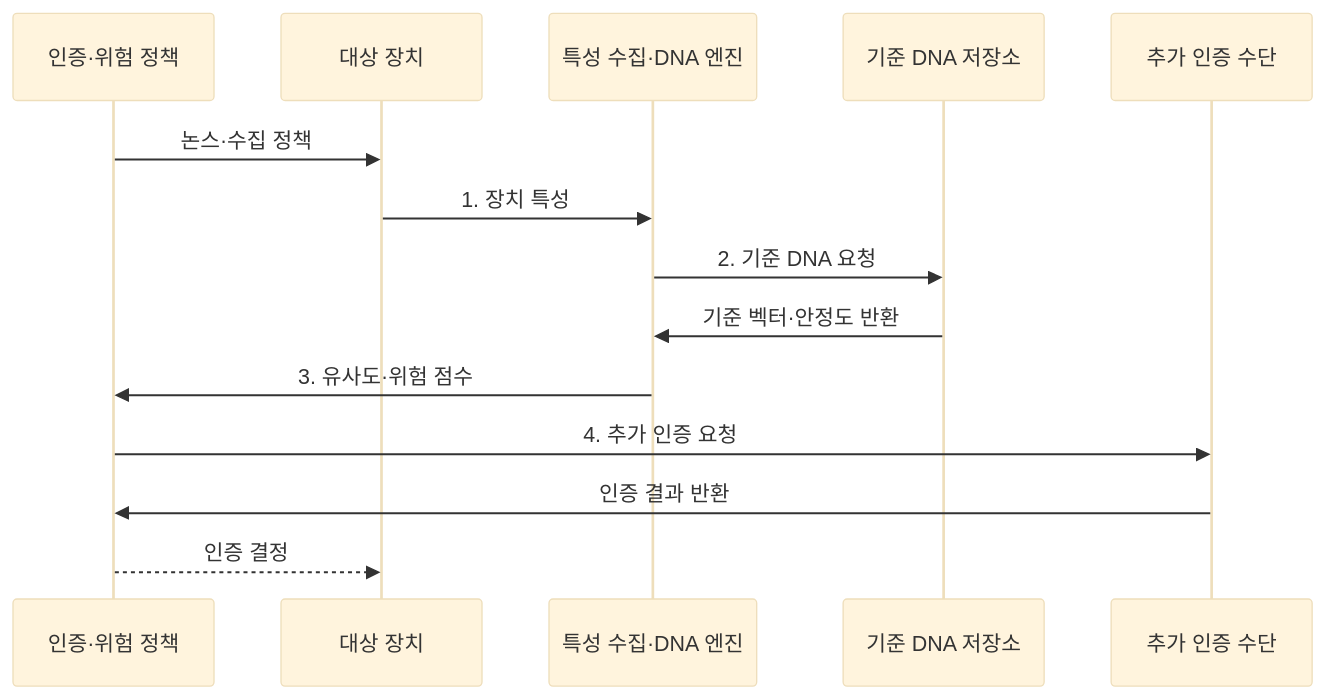
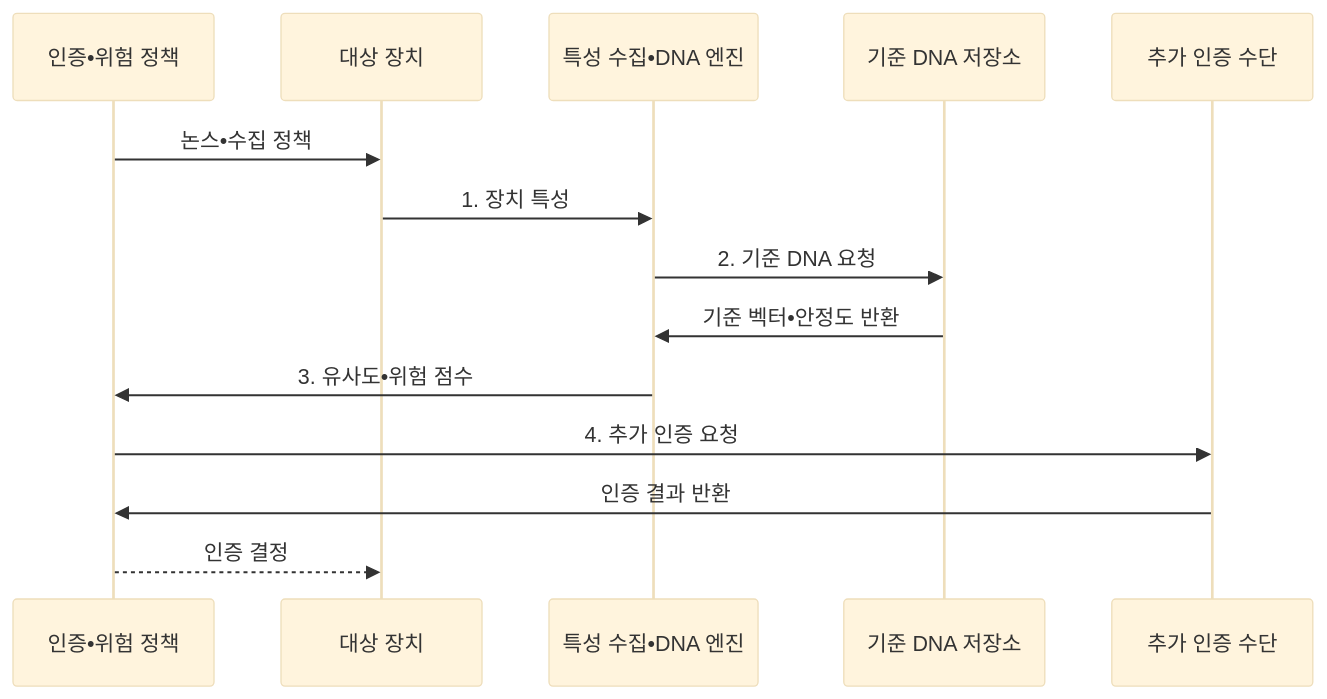
Before and after one commit to agnusdei1207/knowledge-base: the second of 2 diagrams in src/content/docs/notes/02-hardware/071_device_dna.md, drawn with Mermaid (base theme). The commit also changed other lines of this file and 953 other files, not shown here.

````diff
--- a/src/content/docs/notes/02-hardware/071_device_dna.md
+++ b/src/content/docs/notes/02-hardware/071_device_dna.md
@@ -102,17 +102,17 @@
 ```mermaid
 sequenceDiagram
-    participant A as 인증·위험 정책
+    participant A as 인증•위험 정책
     participant D as 대상 장치
-    participant G as 특성 수집·DNA 엔진
+    participant G as 특성 수집•DNA 엔진
     participant R as 기준 DNA 저장소
     participant M as 추가 인증 수단
 
-    A->>D: 논스·수집 정책
+    A->>D: 논스•수집 정책
     D->>G: 1. 장치 특성
     G->>R: 2. 기준 DNA 요청
-    R->>G: 기준 벡터·안정도 반환
-    G->>A: 3. 유사도·위험 점수
+    R->>G: 기준 벡터•안정도 반환
+    G->>A: 3. 유사도•위험 점수
     A->>M: 4. 추가 인증 요청
     M->>A: 인증 결과 반환
     A-->>D: 인증 결정
 ```
````
